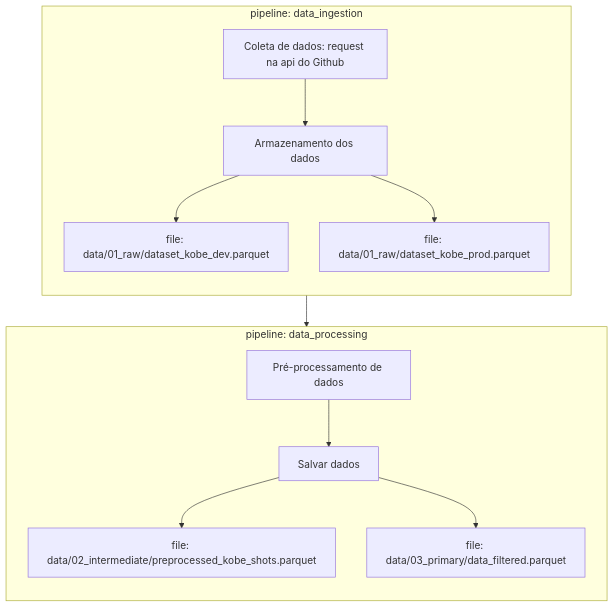
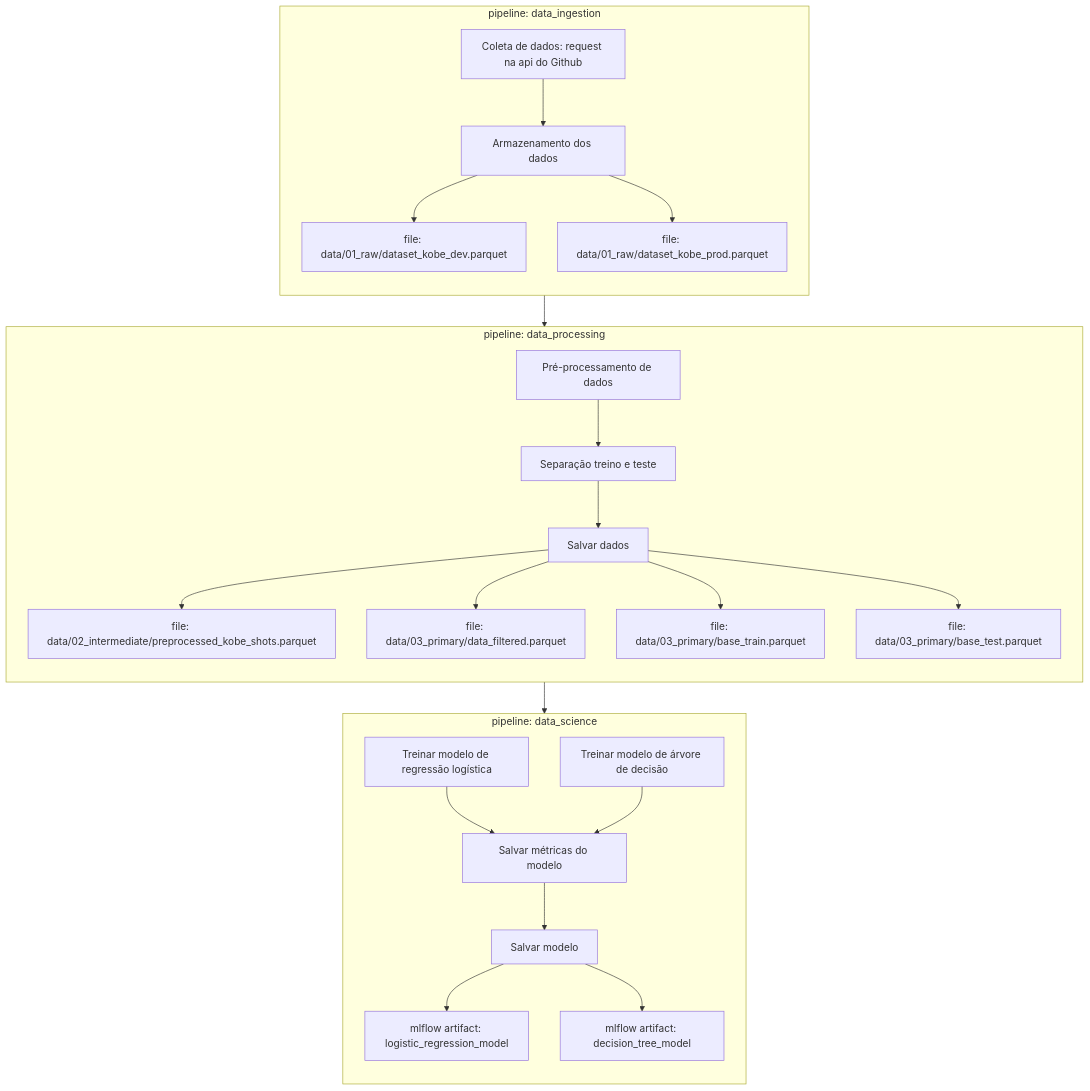
The diagram in README.md (thealexandrelara/project-infnet-engenharia-de-machine-learning), drawn with Mermaid before and after one commit. The commit also changed 2 other files, not shown here.

Commit message:
feat: Update data processing and model training pipelines
- Enhanced the README to include a detailed flowchart for data processing and model training pipelines.
- Modified the `train_logistic_regression_model` and `train_decision_tree_model` functions to evaluate models without cross-validation, ensuring metrics are based on the complete test set.
- Added new model artifacts for training and testing datasets in the data processing pipeline.
- Updated the model training notebook with improved execution counts and logging outputs.

````diff
--- a/README.md
+++ b/README.md
@@ -3,17 +3,29 @@
 ```mermaid
 flowchart
     subgraph data_ingestion[pipeline: data_ingestion]
         direction TB
         get_data[Coleta de dados: request na api do Github] -->
         save_data[Armazenamento dos dados]
         save_data --> raw_kobe_shots_dev_dataset[file: data/01_raw/dataset_kobe_dev.parquet]
         save_data --> raw_kobe_shots_prod_dataset[file: data/01_raw/dataset_kobe_prod.parquet]
     end
     subgraph data_processing[pipeline: data_processing]
         direction TB
-        preprocess_kobe_shots[Pré-processamento de dados] --> save_preprocessed_data[Salvar dados]
+        preprocess_kobe_shots[Pré-processamento de dados] --> split_data
+        split_data[Separação treino e teste] --> save_preprocessed_data[Salvar dados]
         save_preprocessed_data --> intermediate_preprocessed_kobe_shots[file: data/02_intermediate/preprocessed_kobe_shots.parquet]
         save_preprocessed_data --> primary_data_filtered[file: data/03_primary/data_filtered.parquet]
+        save_preprocessed_data --> primary_base_train[file: data/03_primary/base_train.parquet]
+        save_preprocessed_data --> primary_base_test[file: data/03_primary/base_test.parquet]
     end
-    raw_kobe_shots_dev_dataset --> data_processing[Raw Files]
+    subgraph data_science[pipeline: data_science]
+        direction TB
+        train_logistic_regression_model[Treinar modelo de regressão logística] --> save_metrics[Salvar métricas do modelo]
+        train_decision_tree_model[Treinar modelo de árvore de decisão] --> save_metrics[Salvar métricas do modelo]
+        save_metrics[Salvar métricas do modelo] --> save_model[Salvar modelo]
+        save_model --> file_logistic_regression_model[mlflow artifact: logistic_regression_model]
+        save_model --> file_decision_tree_model[mlflow artifact: decision_tree_model]
+    end
+    raw_kobe_shots_dev_dataset --> data_processing
+    data_processing --> data_science
 ```
````
